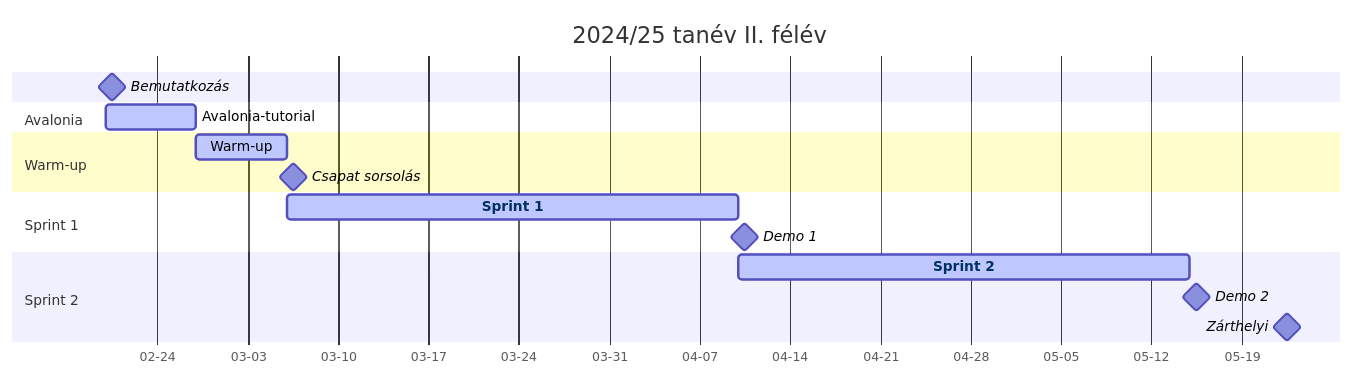
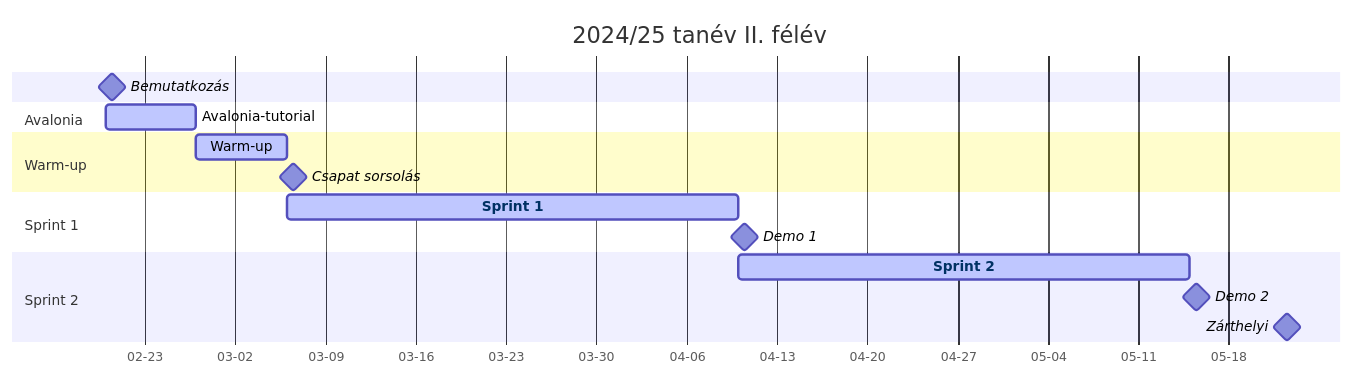
The diagram in src/schedule.md (SzFMV2025-Tavasz/handout), drawn with Mermaid before and after one commit.

Commit message:
Update schedule Gantt diagram

```diff
--- a/src/schedule.md
+++ b/src/schedule.md
@@ -33,23 +33,22 @@
 <div class="mermaid">
     gantt
-    tickInterval 1week
     weekday monday
     dateFormat  YYYY-MM-DD
     axisFormat  %m-%d
     title 2024/25 tanév II. félév
     Bemutatkozás :milestone, 2025-02-20, 1d
     section Avalonia
         Avalonia-tutorial: active, avalonia-tutorial, 2025-02-20, 1w
     section Warm-up
         Warm-up :active, warmup, 2025-02-27, 1w
     Csapat sorsolás :milestone, after warmup, 1d
     section Sprint 1
         Sprint 1 :active, sprint1, after warmup, 5w
     Demo 1 :milestone, after sprint1, 1d
     section Sprint 2
         Sprint 2 :active, sprint2, after sprint1, 5w
     Demo 2 :milestone, after sprint2, 1d
     Zárthelyi :milestone, 2025-05-22, 1d
     click sprint1 href "./sprints/sprint_1.html"
     click sprint2 href "./sprints/sprint_2.html"
 </div>
```
